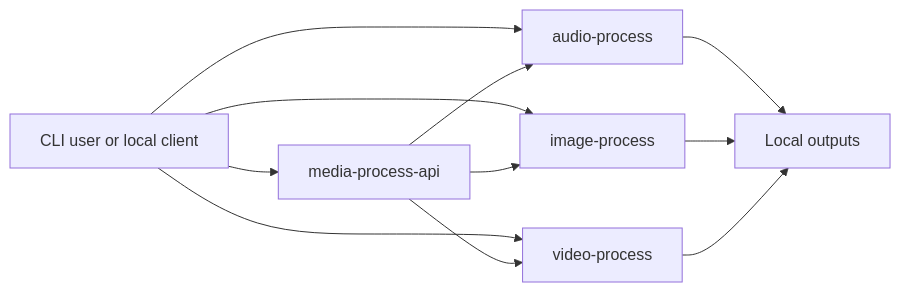
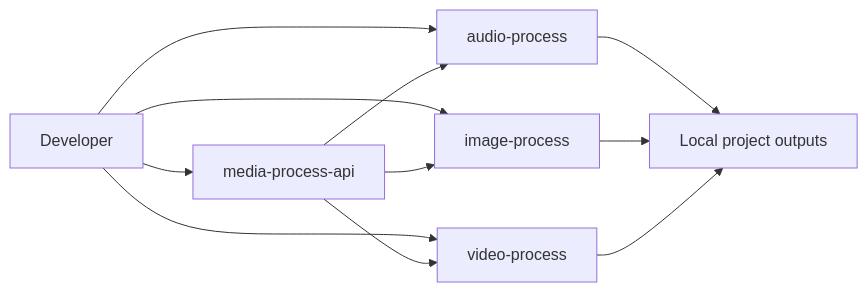
One commit to johazores/projects-xyz changed the diagram in docs/architecture.md. Above: the diagram before and after it, drawn with Mermaid. The commit also changed other lines of this file and 30 other files, not shown here.

````diff
--- a/docs/architecture.md
+++ b/docs/architecture.md
@@ -7,13 +5,13 @@
 ```mermaid
 flowchart LR
-    Client[CLI user or local client] --> API[media-process-api]
-    Client --> Audio[audio-process]
-    Client --> Image[image-process]
-    Client --> Video[video-process]
+    User[Developer] --> Audio[audio-process]
+    User --> Image[image-process]
+    User --> Video[video-process]
+    User --> API[media-process-api]
     API --> Audio
     API --> Image
     API --> Video
-    Audio --> Outputs[Local outputs]
-    Image --> Outputs
-    Video --> Outputs
+    Audio --> Disk[Local project outputs]
+    Image --> Disk
+    Video --> Disk
 ```
````
